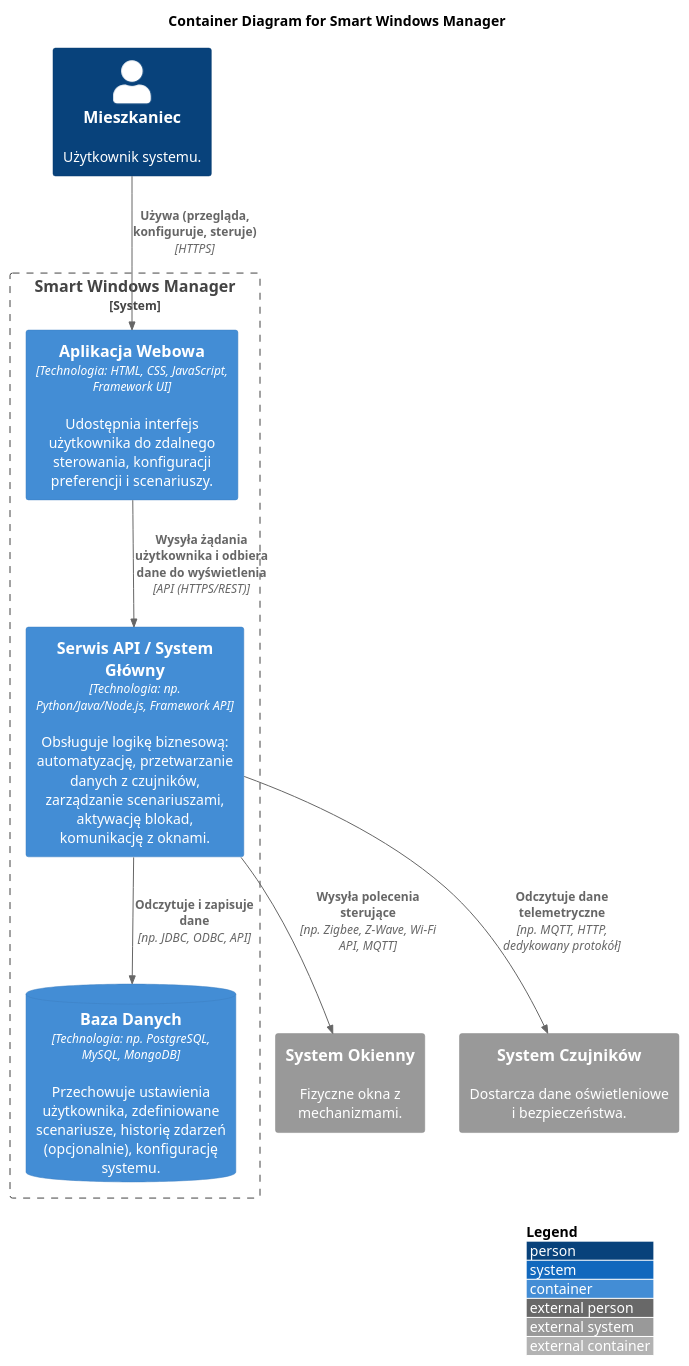
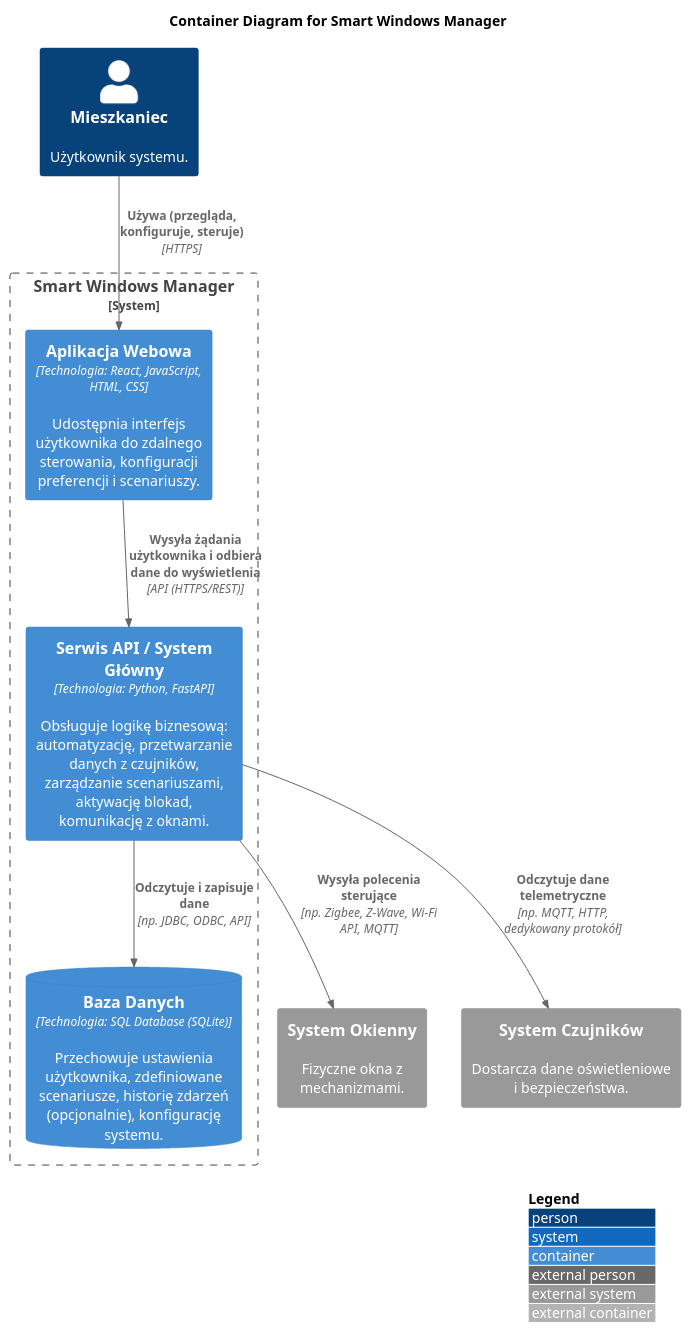
Before and after one commit to dolhan12211/Smart_Windows_Manager: the diagram in Diagram C4/Container Diagram.plantuml, drawn with PlantUML. The commit also changed 1 other file, not shown here.

Commit message:
changes in diagrams

```diff
--- a/Diagram C4/Container Diagram.plantuml
+++ b/Diagram C4/Container Diagram.plantuml
@@ -1,26 +1,26 @@
 @startuml
 !include https://raw.githubusercontent.com/plantuml-stdlib/C4-PlantUML/master/C4_Container.puml
 
 LAYOUT_WITH_LEGEND()
 
 title Container Diagram for Smart Windows Manager
 
 Person(user, "Mieszkaniec", "Użytkownik systemu.")
 
 System_Ext(physical_windows, "System Okienny", "Fizyczne okna z mechanizmami.")
 System_Ext(sensor_system, "System Czujników", "Dostarcza dane oświetleniowe i bezpieczeństwa.")
 
 System_Boundary(c1, "Smart Windows Manager") {
-    Container(web_app, "Aplikacja Webowa", "Technologia: HTML, CSS, JavaScript, Framework UI", "Udostępnia interfejs użytkownika do zdalnego sterowania, konfiguracji preferencji i scenariuszy.")
-    Container(api_service, "Serwis API / System Główny", "Technologia: np. Python/Java/Node.js, Framework API", "Obsługuje logikę biznesową: automatyzację, przetwarzanie danych z czujników, zarządzanie scenariuszami, aktywację blokad, komunikację z oknami.")
-    ContainerDb(database, "Baza Danych", "Technologia: np. PostgreSQL, MySQL, MongoDB", "Przechowuje ustawienia użytkownika, zdefiniowane scenariusze, historię zdarzeń (opcjonalnie), konfigurację systemu.")
+    Container(web_app, "Aplikacja Webowa", "Technologia: React, JavaScript, HTML, CSS", "Udostępnia interfejs użytkownika do zdalnego sterowania, konfiguracji preferencji i scenariuszy.")
+    Container(api_service, "Serwis API / System Główny", "Technologia: Python, FastAPI", "Obsługuje logikę biznesową: automatyzację, przetwarzanie danych z czujników, zarządzanie scenariuszami, aktywację blokad, komunikację z oknami.")
+    ContainerDb(database, "Baza Danych", "Technologia: SQL Database (SQLite)", "Przechowuje ustawienia użytkownika, zdefiniowane scenariusze, historię zdarzeń (opcjonalnie), konfigurację systemu.")
 }
 
 Rel_D(user, web_app, "Używa (przegląda, konfiguruje, steruje)", "HTTPS")
 Rel_D(web_app, api_service, "Wysyła żądania użytkownika i odbiera dane do wyświetlenia", "API (HTTPS/REST)")
 
 Rel_D(api_service, database, "Odczytuje i zapisuje dane", "np. JDBC, ODBC, API")
 Rel_D(api_service, physical_windows, "Wysyła polecenia sterujące", "np. Zigbee, Z-Wave, Wi-Fi API, MQTT")
 Rel_D(api_service, sensor_system, "Odczytuje dane telemetryczne", "np. MQTT, HTTP, dedykowany protokół")
 
 @enduml
```
